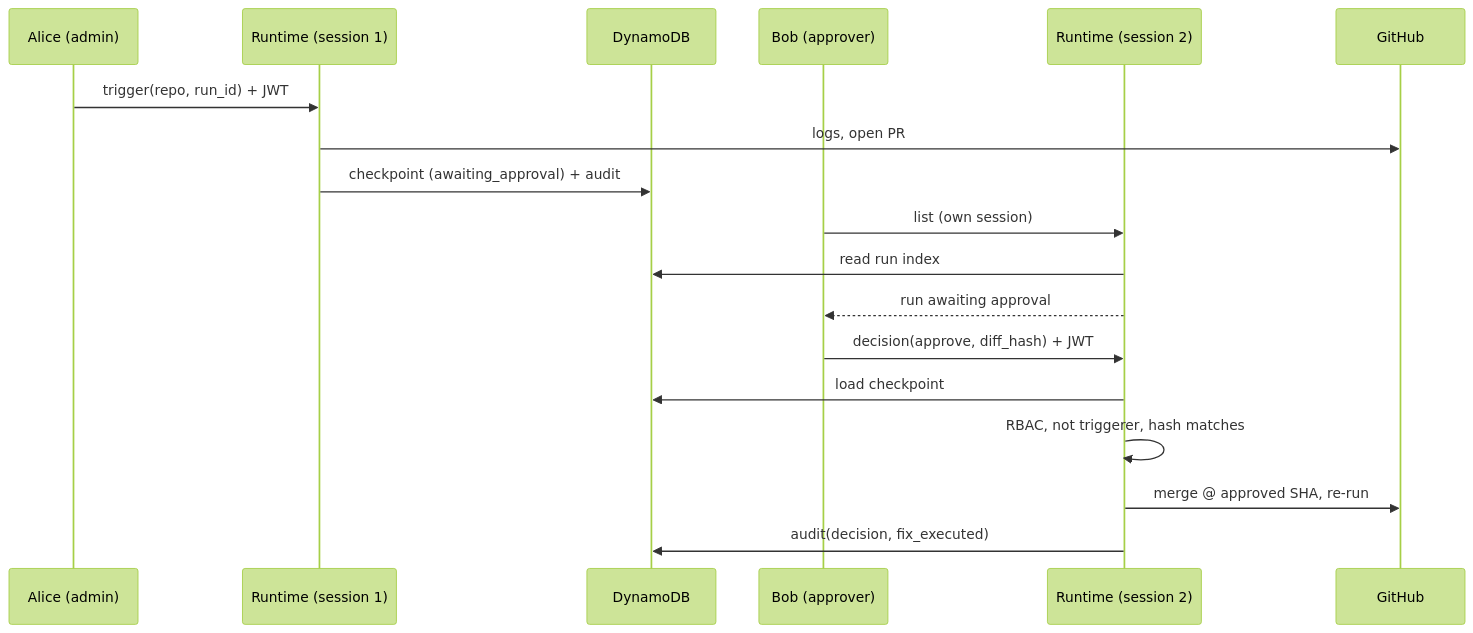
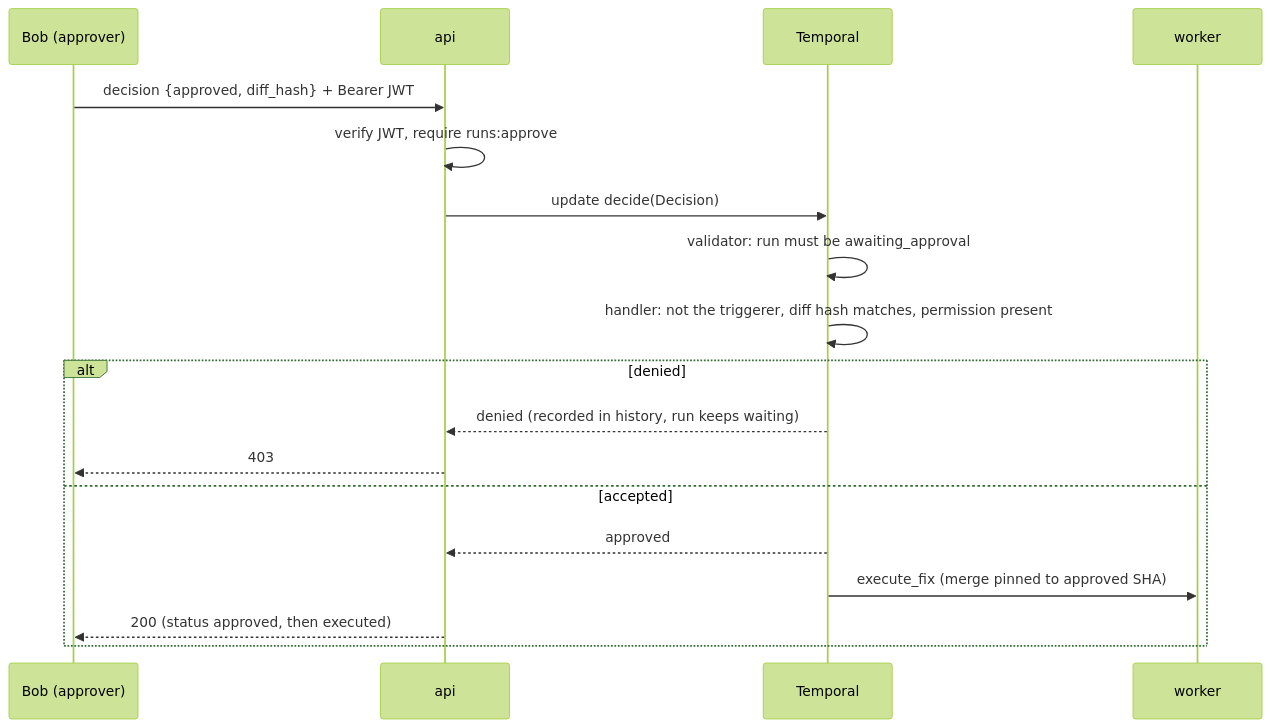
Before and after one commit to Shubham-git7/github-actions-ci-analyzer: the third of 3 diagrams in docs/ARCHITECTURE.md, drawn with Mermaid (forest theme). The commit also changed other lines of this file and 64 other files, not shown here.

````diff
--- a/docs/ARCHITECTURE.md
+++ b/docs/ARCHITECTURE.md
@@ -48,20 +46,20 @@
 ```mermaid
 sequenceDiagram
-  participant A as Alice (admin)
-  participant API as Runtime (session 1)
-  participant DB as DynamoDB
   participant B as Bob (approver)
-  participant API2 as Runtime (session 2)
-  participant GH as GitHub
-  A->>API: trigger(repo, run_id) + JWT
-  API->>GH: logs, open PR
-  API->>DB: checkpoint (awaiting_approval) + audit
-  B->>API2: list (own session)
-  API2->>DB: read run index
-  API2-->>B: run awaiting approval
-  B->>API2: decision(approve, diff_hash) + JWT
-  API2->>DB: load checkpoint
-  API2->>API2: RBAC, not triggerer, hash matches
-  API2->>GH: merge @ approved SHA, re-run
-  API2->>DB: audit(decision, fix_executed)
+  participant API as api
+  participant T as Temporal
+  participant W as worker
+  B->>API: decision {approved, diff_hash} + Bearer JWT
+  API->>API: verify JWT, require runs:approve
+  API->>T: update decide(Decision)
+  T->>T: validator: run must be awaiting_approval
+  T->>T: handler: not the triggerer, diff hash matches, permission present
+  alt denied
+    T-->>API: denied (recorded in history, run keeps waiting)
+    API-->>B: 403
+  else accepted
+    T-->>API: approved
+    T->>W: execute_fix (merge pinned to approved SHA)
+    API-->>B: 200 (status approved, then executed)
+  end
 ```
````
